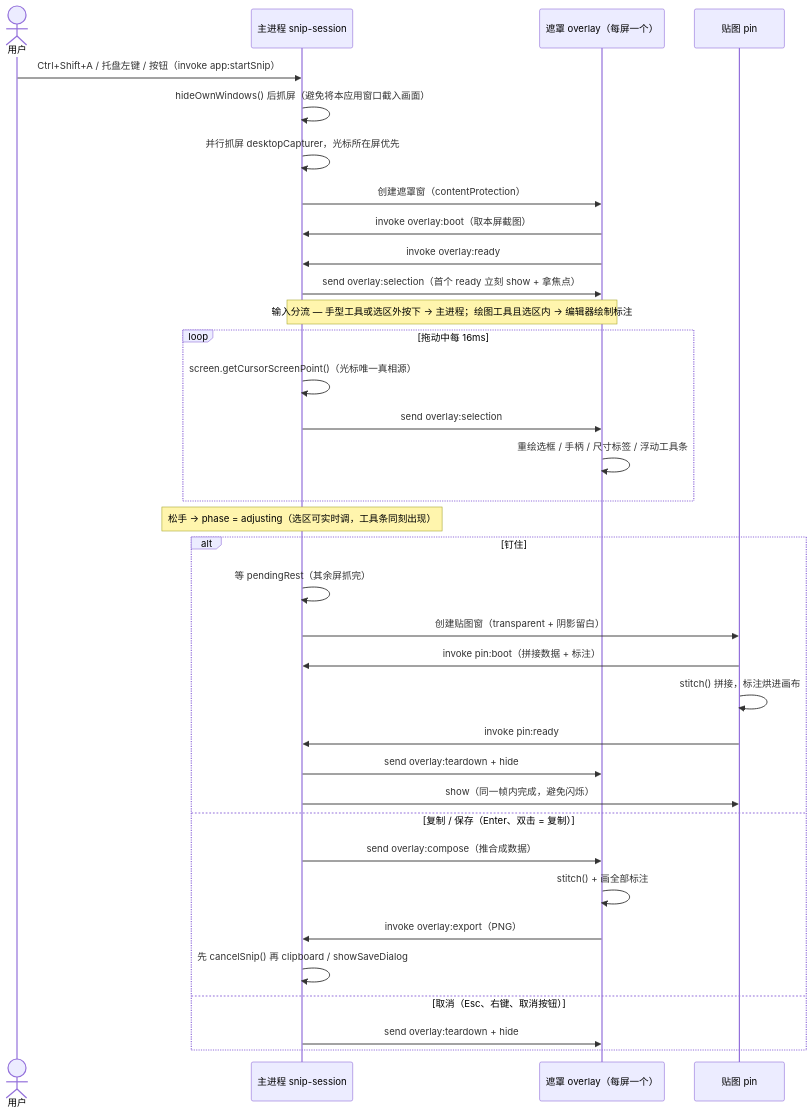
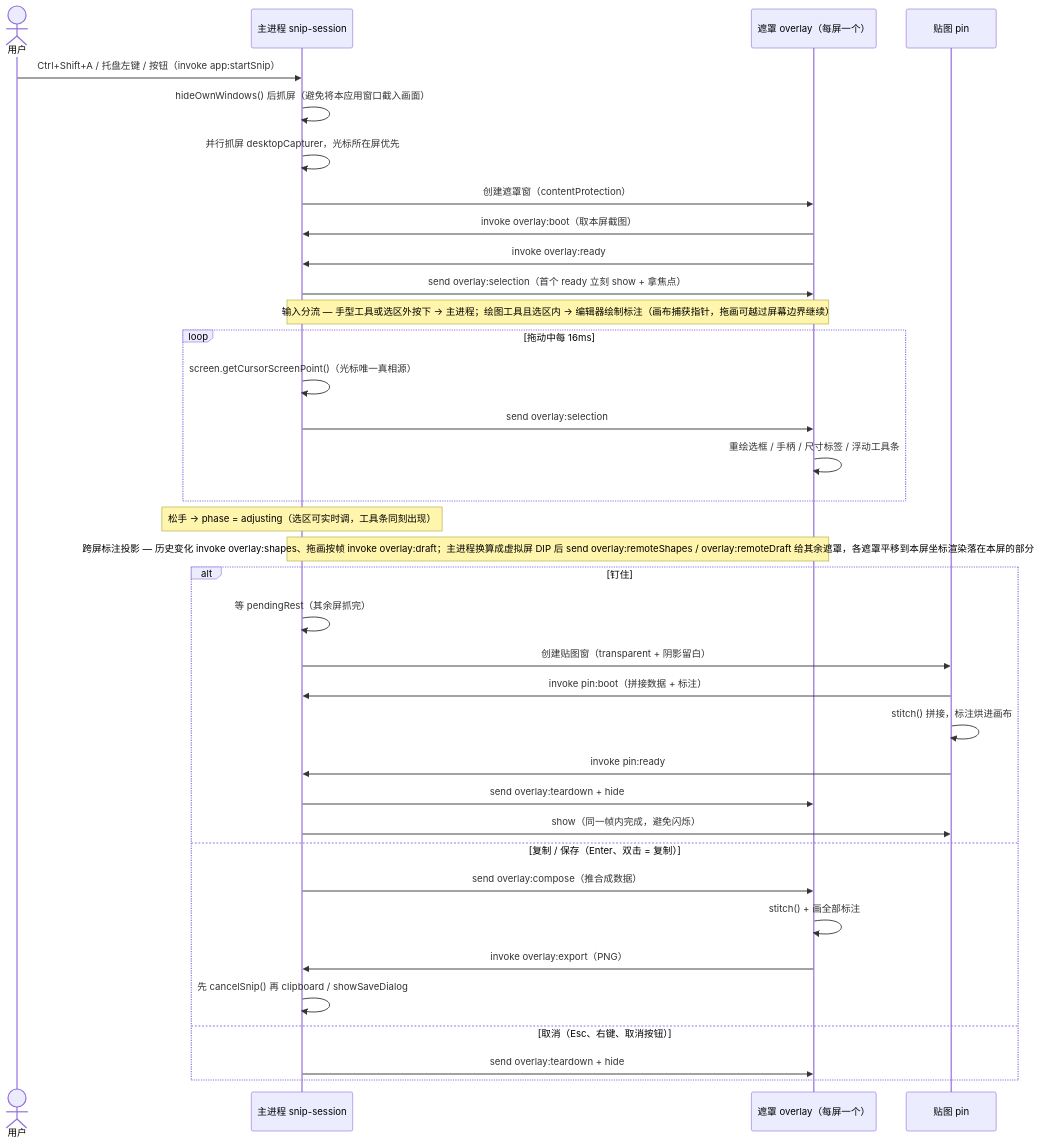
The third of 4 diagrams in docs/architecture.md (dsjerry/screenshots-demo), drawn with Mermaid before and after one commit. The commit also changed other lines of this file and 8 other files, not shown here.

````diff
--- a/docs/architecture.md
+++ b/docs/architecture.md
@@ -99,38 +99,39 @@
 ```mermaid
 sequenceDiagram
     actor U as 用户
     participant M as 主进程 snip-session
     participant O as 遮罩 overlay（每屏一个）
     participant P as 贴图 pin
 
     U->>M: Ctrl+Shift+A / 托盘左键 / 按钮（invoke app:startSnip）
     M->>M: hideOwnWindows() 后抓屏（避免将本应用窗口截入画面）
     M->>M: 并行抓屏 desktopCapturer，光标所在屏优先
     M->>O: 创建遮罩窗（contentProtection）
     O->>M: invoke overlay:boot（取本屏截图）
     O->>M: invoke overlay:ready
     M->>O: send overlay:selection（首个 ready 立刻 show + 拿焦点）
-    Note over M,O: 输入分流 — 手型工具或选区外按下 → 主进程；绘图工具且选区内 → 编辑器绘制标注
+    Note over M,O: 输入分流 — 手型工具或选区外按下 → 主进程；绘图工具且选区内 → 编辑器绘制标注（画布捕获指针，拖画可越过屏幕边界继续）
     loop 拖动中每 16ms
         M->>M: screen.getCursorScreenPoint()（光标唯一真相源）
         M->>O: send overlay:selection
         O->>O: 重绘选框 / 手柄 / 尺寸标签 / 浮动工具条
     end
     Note over M: 松手 → phase = adjusting（选区可实时调，工具条同刻出现）
+    Note over M,O: 跨屏标注投影 — 历史变化 invoke overlay:shapes、拖画按帧 invoke overlay:draft；主进程换算成虚拟屏 DIP 后 send overlay:remoteShapes / overlay:remoteDraft 给其余遮罩，各遮罩平移到本屏坐标渲染落在本屏的部分
     alt 钉住
         M->>M: 等 pendingRest（其余屏抓完）
         M->>P: 创建贴图窗（transparent + 阴影留白）
         P->>M: invoke pin:boot（拼接数据 + 标注）
         P->>P: stitch() 拼接，标注烘进画布
         P->>M: invoke pin:ready
         M->>O: send overlay:teardown + hide
         M->>P: show（同一帧内完成，避免闪烁）
     else 复制 / 保存（Enter、双击 = 复制）
         M->>O: send overlay:compose（推合成数据）
         O->>O: stitch() + 画全部标注
         O->>M: invoke overlay:export（PNG）
         M->>M: 先 cancelSnip() 再 clipboard / showSaveDialog
     else 取消（Esc、右键、取消按钮）
         M->>O: send overlay:teardown + hide
     end
 ```
````
